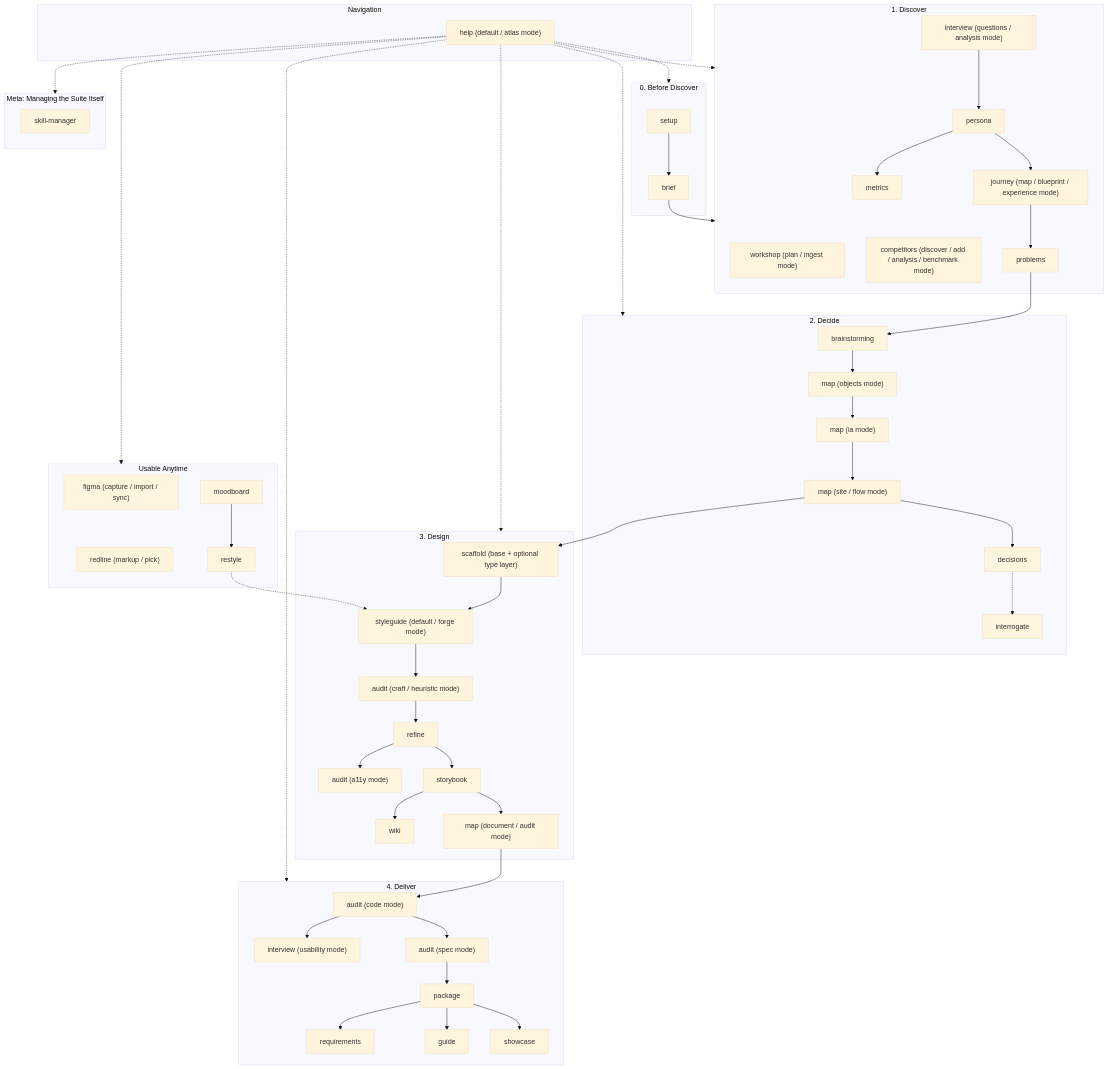
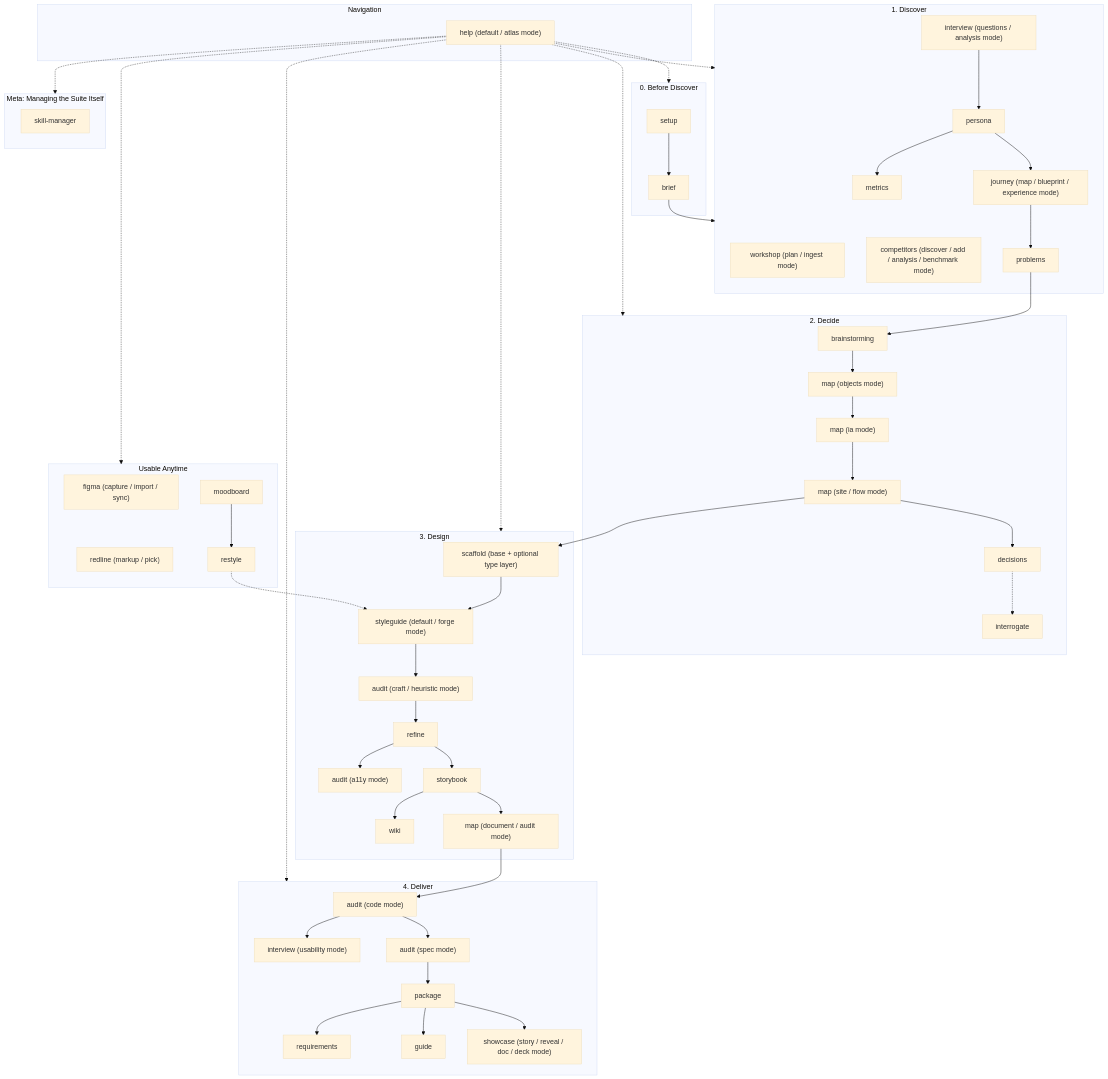
One commit to RPalis/AIXLab-Atlas changed the diagram in AGENTS.md. Above: the diagram before and after it, drawn with Mermaid (base theme). The commit also changed other lines of this file and 16 other files, not shown here.

First line of the commit message:
Add doc and deck modes to showcase for packaging Markdown reports

````diff
--- a/AGENTS.md
+++ b/AGENTS.md
@@ -15,69 +15,69 @@
 ```mermaid
 flowchart TD
     subgraph Router ["Navigation"]
         RH["help (default / atlas mode)"]
     end
 
     subgraph Before ["0. Before Discover"]
         P00[setup] --> P00B[brief]
     end
 
     subgraph Discover ["1. Discover"]
         P0W["workshop (plan / ingest mode)"]
         P0C["competitors (discover / add / analysis / benchmark mode)"]
         P0U["interview (questions / analysis mode)"] --> P1[persona]
         P1 --> P0J["journey (map / blueprint / experience mode)"]
         P1 --> P0M[metrics]
         P0J --> P0P[problems]
     end
 
     subgraph Decide ["2. Decide"]
         P0P --> P2A[brainstorming]
         P2A --> P2["map (objects mode)"]
         P2 --> P2I["map (ia mode)"]
         P2I --> P2B["map (site / flow mode)"]
         P2B --> P7B[decisions]
         P7B -.-> P7C[interrogate]
     end
 
     subgraph Design ["3. Design"]
         P2B --> P3["scaffold (base + optional type layer)"]
         P3 --> P4["styleguide (default / forge mode)"]
         P4 --> PCA["audit (craft / heuristic mode)"]
         PCA --> P5[refine]
         P5 --> P6[storybook]
         P6 --> P7["map (document / audit mode)"]
         P5 --> P7D["audit (a11y mode)"]
         P6 --> P7F[wiki]
     end
 
     subgraph Deliver ["4. Deliver"]
         P7 --> P8["audit (code mode)"]
         P8 --> P8S["audit (spec mode)"]
         P8 --> P8U["interview (usability mode)"]
         P8S --> P9[package]
-        P9 --> P9B[showcase]
+        P9 --> P9B["showcase (story / reveal / doc / deck mode)"]
         P9 --> P9C[guide]
         P9 --> P9D[requirements]
     end
 
     subgraph Anytime ["Usable Anytime"]
         FIG["figma (capture / import / sync)"]
         RL["redline (markup / pick)"]
         MB[moodboard] --> RS[restyle]
         RS -.-> P4
     end
 
     subgraph Meta ["Meta: Managing the Suite Itself"]
         SM[skill-manager]
     end
 
     P00B --> Discover
     RH -.-> Before
     RH -.-> Discover
     RH -.-> Decide
     RH -.-> Design
     RH -.-> Deliver
     RH -.-> Anytime
     RH -.-> Meta
 ```
````
